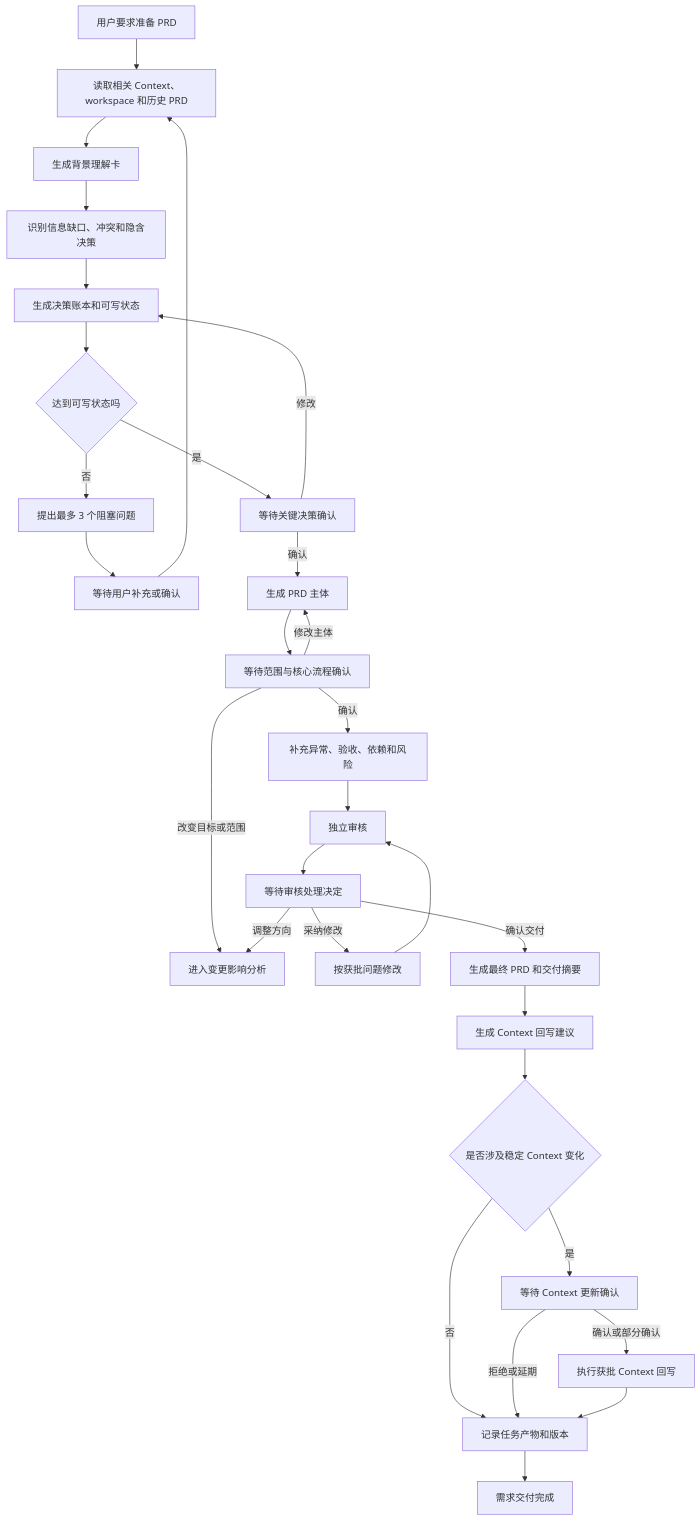
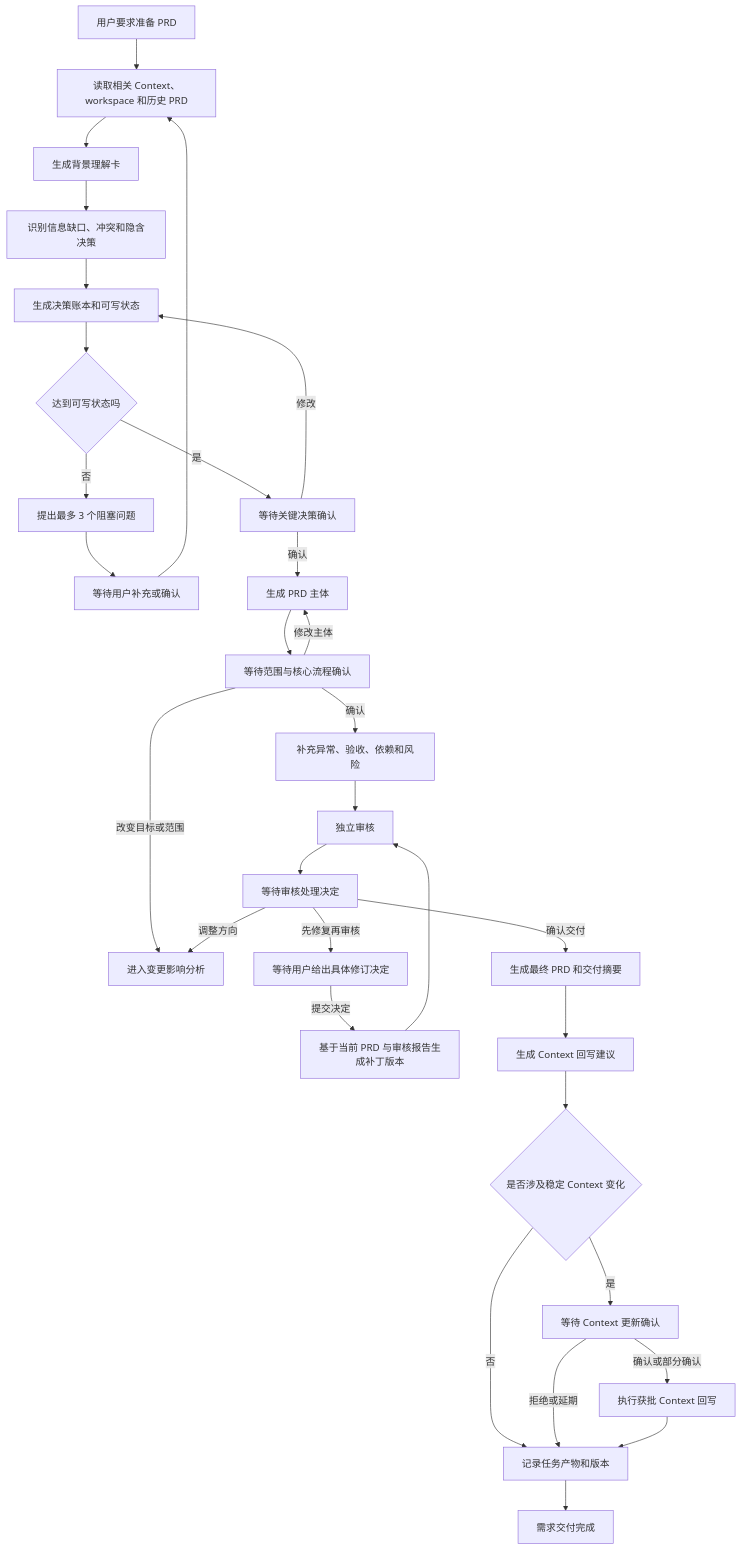
One commit to Koianna/context-delivery-agent changed the third of 4 diagrams in docs/02-用户任务流程.md. Above: the diagram before and after it, drawn with Mermaid. The commit also changed other lines of this file and 15 other files, not shown here.

````diff
--- a/docs/02-用户任务流程.md
+++ b/docs/02-用户任务流程.md
@@ -304,32 +304,33 @@
 ```mermaid
 flowchart TD
     A[用户要求准备 PRD] --> B[读取相关 Context、workspace 和历史 PRD]
     B --> C[生成背景理解卡]
     C --> D[识别信息缺口、冲突和隐含决策]
     D --> E[生成决策账本和可写状态]
     E --> F{达到可写状态吗}
     F -->|否| G[提出最多 3 个阻塞问题]
     G --> H[等待用户补充或确认]
     H --> B
     F -->|是| I[等待关键决策确认]
     I -->|修改| E
     I -->|确认| J[生成 PRD 主体]
     J --> K[等待范围与核心流程确认]
     K -->|修改主体| J
     K -->|改变目标或范围| L[进入变更影响分析]
     K -->|确认| M[补充异常、验收、依赖和风险]
     M --> N[独立审核]
     N --> O[等待审核处理决定]
-    O -->|采纳修改| P[按获批问题修改]
+    O -->|先修复再审核| P[等待用户给出具体修订决定]
     O -->|调整方向| L
     O -->|确认交付| Q[生成最终 PRD 和交付摘要]
-    P --> N
+    P -->|提交决定| P1[基于当前 PRD 与审核报告生成补丁版本]
+    P1 --> N
     Q --> R[生成 Context 回写建议]
     R --> S{是否涉及稳定 Context 变化}
     S -->|是| T[等待 Context 更新确认]
     S -->|否| U[记录任务产物和版本]
     T -->|拒绝或延期| U[记录任务产物和版本]
     T -->|确认或部分确认| W[执行获批 Context 回写]
     W --> U
     U --> V[需求交付完成]
 ```
````
